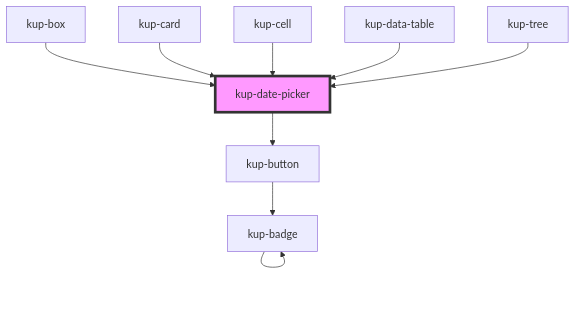
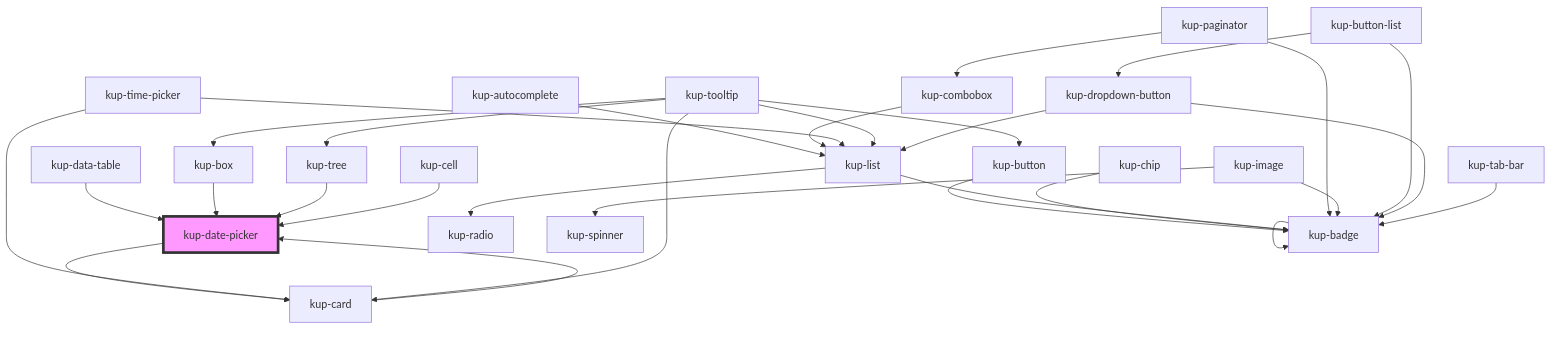
Before and after one commit to smeup/ketchup: the diagram in packages/ketchup/src/components/kup-date-picker/readme.md, drawn with Mermaid. The commit also changed other lines of this file and 16 other files, not shown here.

Commit message:
kup-card: complete builtin family layout for calendar and clock.

````diff
--- a/packages/ketchup/src/components/kup-date-picker/readme.md
+++ b/packages/ketchup/src/components/kup-date-picker/readme.md
@@ -100,12 +100,33 @@
 ```mermaid
 graph TD;
-  kup-date-picker --> kup-button
+  kup-date-picker --> kup-card
+  kup-card --> kup-date-picker
   kup-button --> kup-badge
   kup-badge --> kup-badge
+  kup-chip --> kup-badge
+  kup-autocomplete --> kup-list
+  kup-list --> kup-radio
+  kup-list --> kup-badge
+  kup-combobox --> kup-list
+  kup-time-picker --> kup-card
+  kup-time-picker --> kup-list
+  kup-data-table --> kup-date-picker
+  kup-tooltip --> kup-button
+  kup-tooltip --> kup-card
+  kup-tooltip --> kup-box
+  kup-tooltip --> kup-list
+  kup-tooltip --> kup-tree
   kup-box --> kup-date-picker
-  kup-card --> kup-date-picker
+  kup-paginator --> kup-combobox
+  kup-paginator --> kup-badge
+  kup-image --> kup-spinner
+  kup-image --> kup-badge
+  kup-button-list --> kup-dropdown-button
+  kup-button-list --> kup-badge
+  kup-dropdown-button --> kup-list
+  kup-dropdown-button --> kup-badge
+  kup-tree --> kup-date-picker
+  kup-tab-bar --> kup-badge
   kup-cell --> kup-date-picker
-  kup-data-table --> kup-date-picker
-  kup-tree --> kup-date-picker
   style kup-date-picker fill:#f9f,stroke:#333,stroke-width:4px
 ```
````
